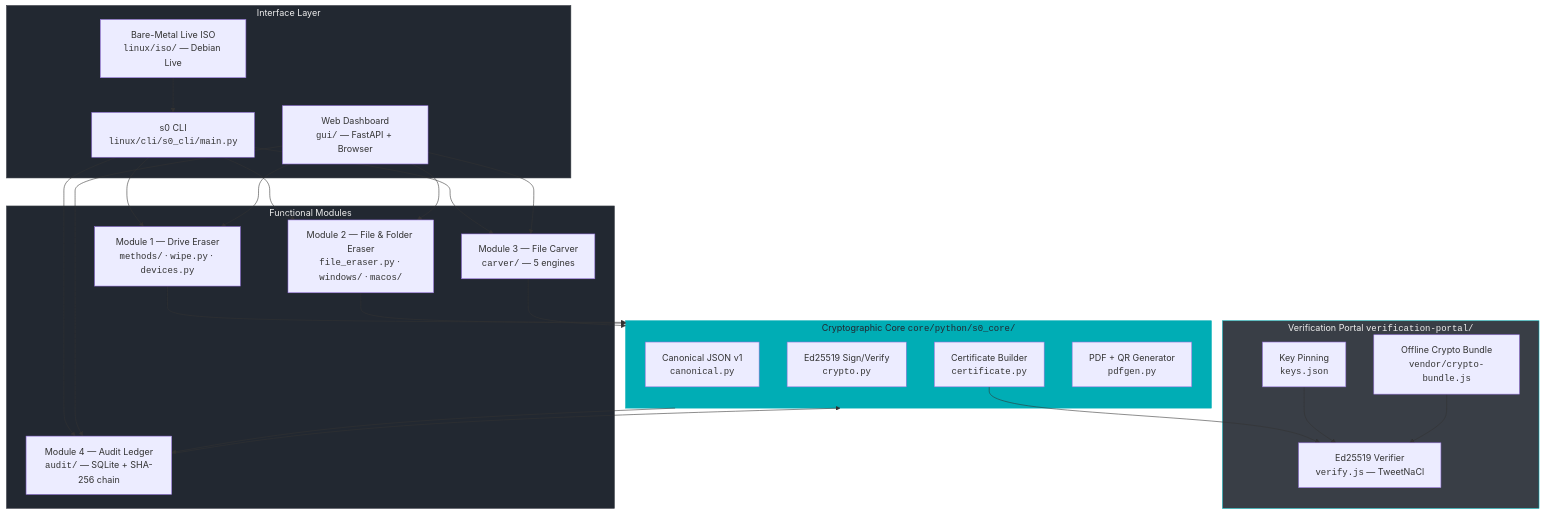
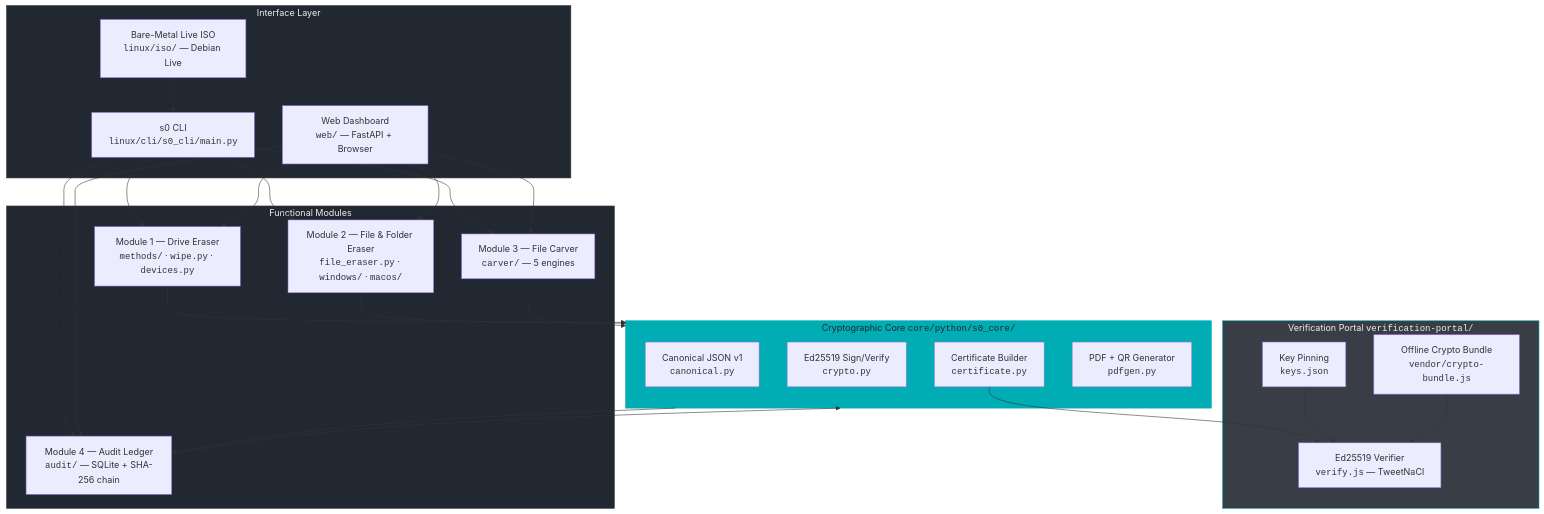
Before and after one commit to kartik2005221/s0: the first of 6 diagrams in docs-portal/docs/ARCHITECTURE.md, drawn with Mermaid. The commit also changed other lines of this file and 13 other files, not shown here.

````diff
--- a/docs-portal/docs/ARCHITECTURE.md
+++ b/docs-portal/docs/ARCHITECTURE.md
@@ -13,45 +13,45 @@
 ```mermaid
 graph TB
     subgraph UI["Interface Layer"]
         CLI["s0 CLI<br/><code>linux/cli/s0_cli/main.py</code>"]
-        GUI["Web Dashboard<br/><code>gui/</code> — FastAPI + Browser"]
+        GUI["Web Dashboard<br/><code>web/</code> — FastAPI + Browser"]
         ISO["Bare-Metal Live ISO<br/><code>linux/iso/</code> — Debian Live"]
     end
 
     subgraph MODULES["Functional Modules"]
         M1["Module 1 — Drive Eraser<br/><code>methods/</code> · <code>wipe.py</code> · <code>devices.py</code>"]
         M2["Module 2 — File &amp; Folder Eraser<br/><code>file_eraser.py</code> · <code>windows/</code> · <code>macos/</code>"]
         M3["Module 3 — File Carver<br/><code>carver/</code> — 5 engines"]
         M4["Module 4 — Audit Ledger<br/><code>audit/</code> — SQLite + SHA-256 chain"]
     end
 
     subgraph CORE["Cryptographic Core  <code>core/python/s0_core/</code>"]
         CANON["Canonical JSON v1<br/><code>canonical.py</code>"]
         CRYPTO["Ed25519 Sign/Verify<br/><code>crypto.py</code>"]
         CERT["Certificate Builder<br/><code>certificate.py</code>"]
         PDF["PDF + QR Generator<br/><code>pdfgen.py</code>"]
     end
 
     subgraph VERIFY["Verification Portal  <code>verification-portal/</code>"]
         VP_JS["Ed25519 Verifier<br/><code>verify.js</code> — TweetNaCl"]
         VP_KEYS["Key Pinning<br/><code>keys.json</code>"]
         VP_CRYPTO["Offline Crypto Bundle<br/><code>vendor/crypto-bundle.js</code>"]
     end
 
     CLI --> M1 & M2 & M3 & M4
     GUI --> M1 & M2 & M3 & M4
     ISO --> CLI
 
     M1 & M2 & M3 --> CORE
     M4 --> CORE
 
     CORE --> M4
     CERT --> VP_JS
     VP_KEYS --> VP_JS
     VP_CRYPTO --> VP_JS
 
     style CORE fill:#00ADB5,color:#222831,stroke:#00ADB5
     style VERIFY fill:#393E46,color:#EEEEEE,stroke:#00ADB5
     style MODULES fill:#222831,color:#EEEEEE,stroke:#393E46
     style UI fill:#222831,color:#EEEEEE,stroke:#393E46
 ```
````
